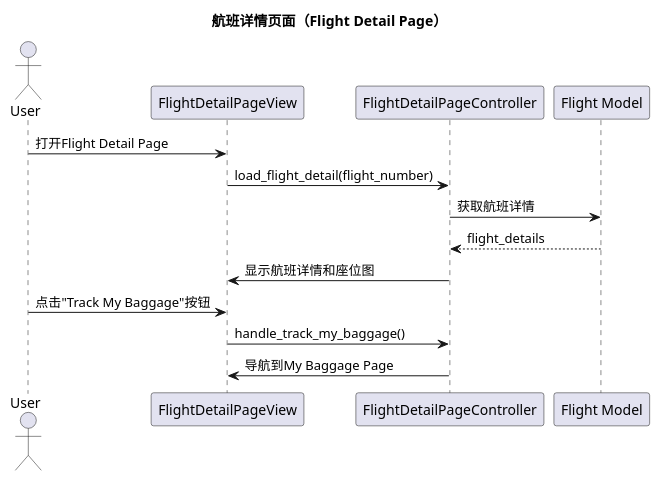
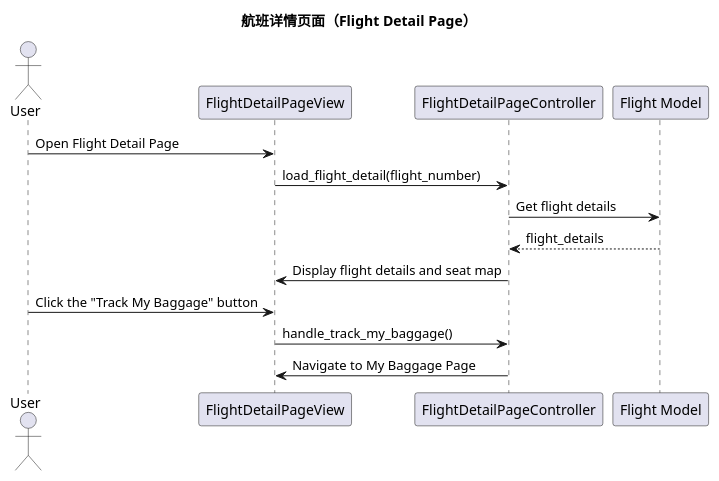
One commit to violeteye1234/group23_COMPS350F changed diagram 14 of 16 in planing/class_diagrams.md. Above: the diagram before and after it, drawn with PlantUML. The commit also changed other lines of this file and 45 other files, not shown here.

````diff
--- a/planing/class_diagrams.md
+++ b/planing/class_diagrams.md
@@ -420,19 +420,19 @@
 ```plantuml
 @startuml
 title 航班详情页面（Flight Detail Page）
 
 actor User
 participant "FlightDetailPageView" as View
 participant "FlightDetailPageController" as Controller
 participant "Flight Model" as FlightModel
 
-User -> View: 打开Flight Detail Page
+User -> View: Open Flight Detail Page
 View -> Controller: load_flight_detail(flight_number)
-Controller -> FlightModel: 获取航班详情
+Controller -> FlightModel: Get flight details
 FlightModel --> Controller: flight_details
-Controller -> View: 显示航班详情和座位图
-User -> View: 点击"Track My Baggage"按钮
+Controller -> View: Display flight details and seat map
+User -> View: Click the "Track My Baggage" button
 View -> Controller: handle_track_my_baggage()
-Controller -> View: 导航到My Baggage Page
+Controller -> View: Navigate to My Baggage Page
 @enduml
 ```
````
